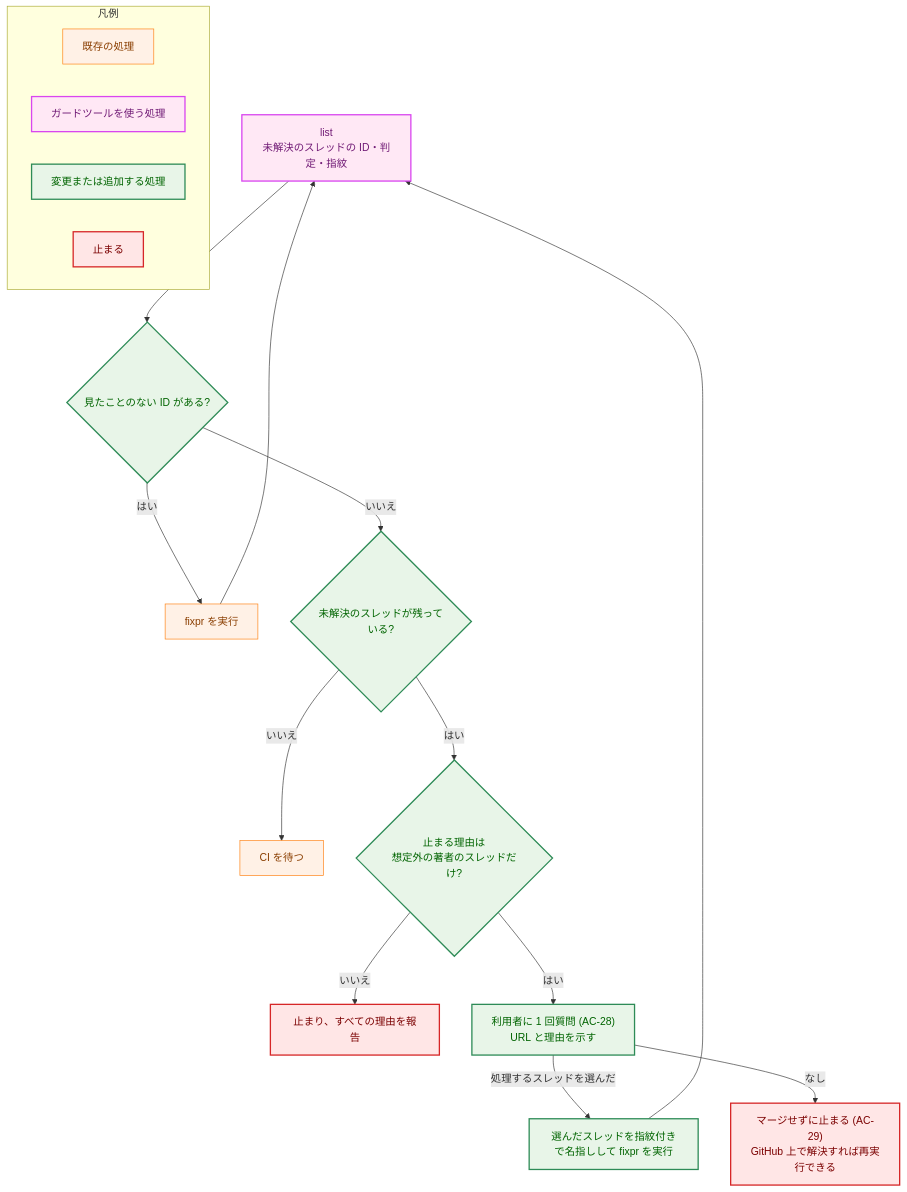
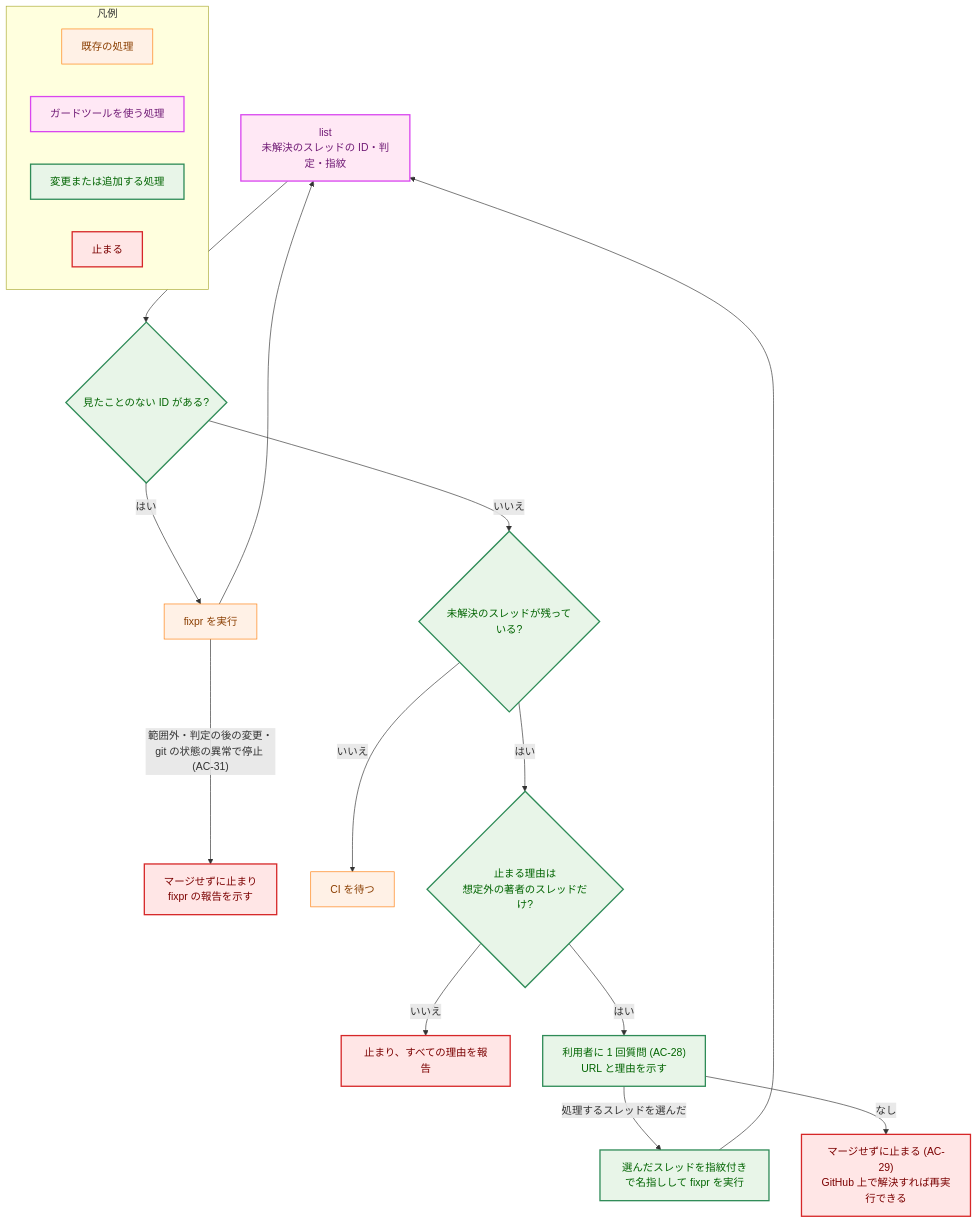
One commit to isseis/yt2column changed the seventh of 7 diagrams in docs/tasks/0030_fixpr_untrusted_threads/02_architecture.md. Above: the diagram before and after it, drawn with Mermaid. The commit also changed other lines of this file, not shown here.

First line of the commit message:
docs(0030): revise the architecture after panel review and prose pass

````diff
--- a/docs/tasks/0030_fixpr_untrusted_threads/02_architecture.md
+++ b/docs/tasks/0030_fixpr_untrusted_threads/02_architecture.md
@@ -764,35 +886,36 @@
 ```mermaid
 flowchart TD
     classDef process fill:#fff1e6,stroke:#ff7f0e,stroke-width:1px,color:#8a3e00;
     classDef enhanced fill:#e8f5e8,stroke:#2e8b57,stroke-width:2px,color:#006400;
     classDef newpkg fill:#ffe8f5,stroke:#d946ef,stroke-width:2px,color:#701a75;
     classDef problem fill:#ffe6e6,stroke:#d62728,stroke-width:2px,color:#7b0000;
 
     L["list<br>未解決のスレッドの ID・判定・指紋"] --> UN{"見たことのない ID がある?"}
     UN -->|"はい"| FP["fixpr を実行"]
+    FP -->|"範囲外・判定の後の変更・git の状態の異常で停止 (AC-31)"| STOPC["マージせずに止まり<br>fixpr の報告を示す"]
     FP --> L
     UN -->|"いいえ"| ST{"未解決のスレッドが残っている?"}
     ST -->|"いいえ"| CI["CI を待つ"]
     ST -->|"はい"| WHY{"止まる理由は<br>想定外の著者のスレッドだけ?"}
     WHY -->|"いいえ"| STOPA["止まり、すべての理由を報告"]
     WHY -->|"はい"| Q["利用者に 1 回質問 (AC-28)<br>URL と理由を示す"]
     Q -->|"処理するスレッドを選んだ"| ACC["選んだスレッドを指紋付きで名指しして fixpr を実行"]
     ACC --> L
     Q -->|"なし"| STOPB["マージせずに止まる (AC-29)<br>GitHub 上で解決すれば再実行できる"]
 
     class FP,CI process
     class L newpkg
     class UN,ST,WHY,Q,ACC enhanced
-    class STOPA,STOPB problem
+    class STOPA,STOPB,STOPC problem
 
     subgraph Legend["凡例"]
         LG1["既存の処理"]
         LG2["ガードツールを使う処理"]
         LG3["変更または追加する処理"]
         LG4["止まる"]
     end
     class LG1 process
     class LG2 newpkg
     class LG3 enhanced
     class LG4 problem
 ```
````
